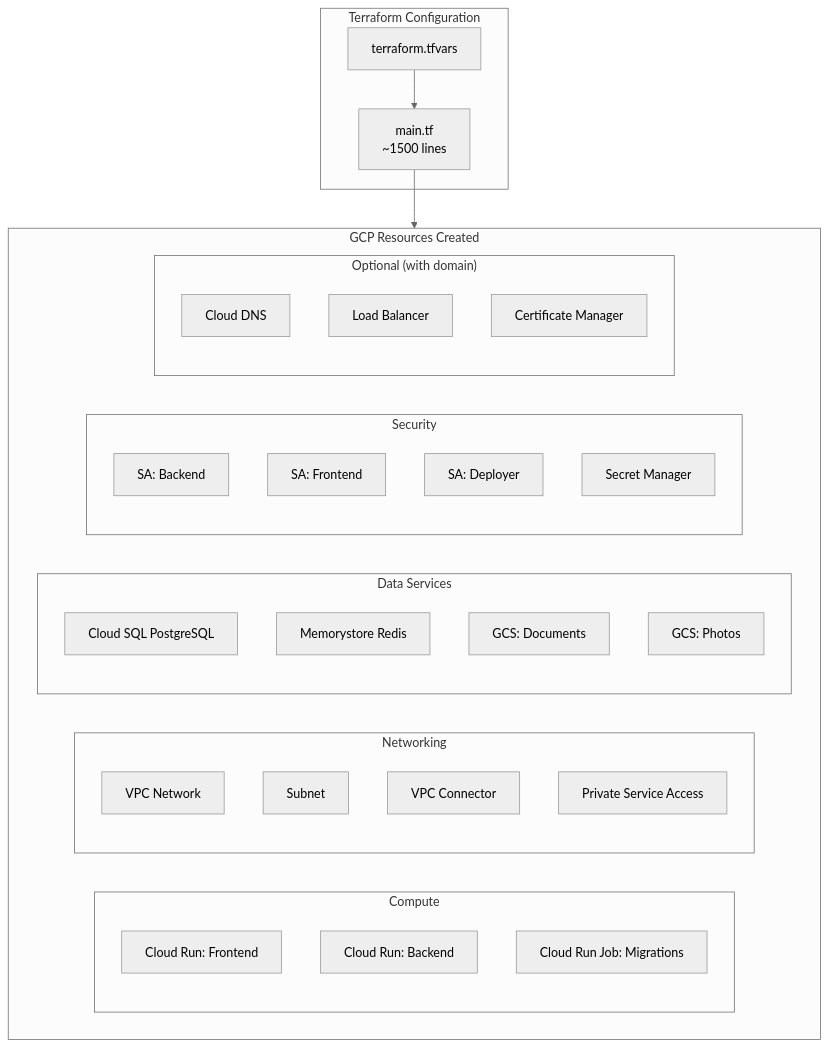
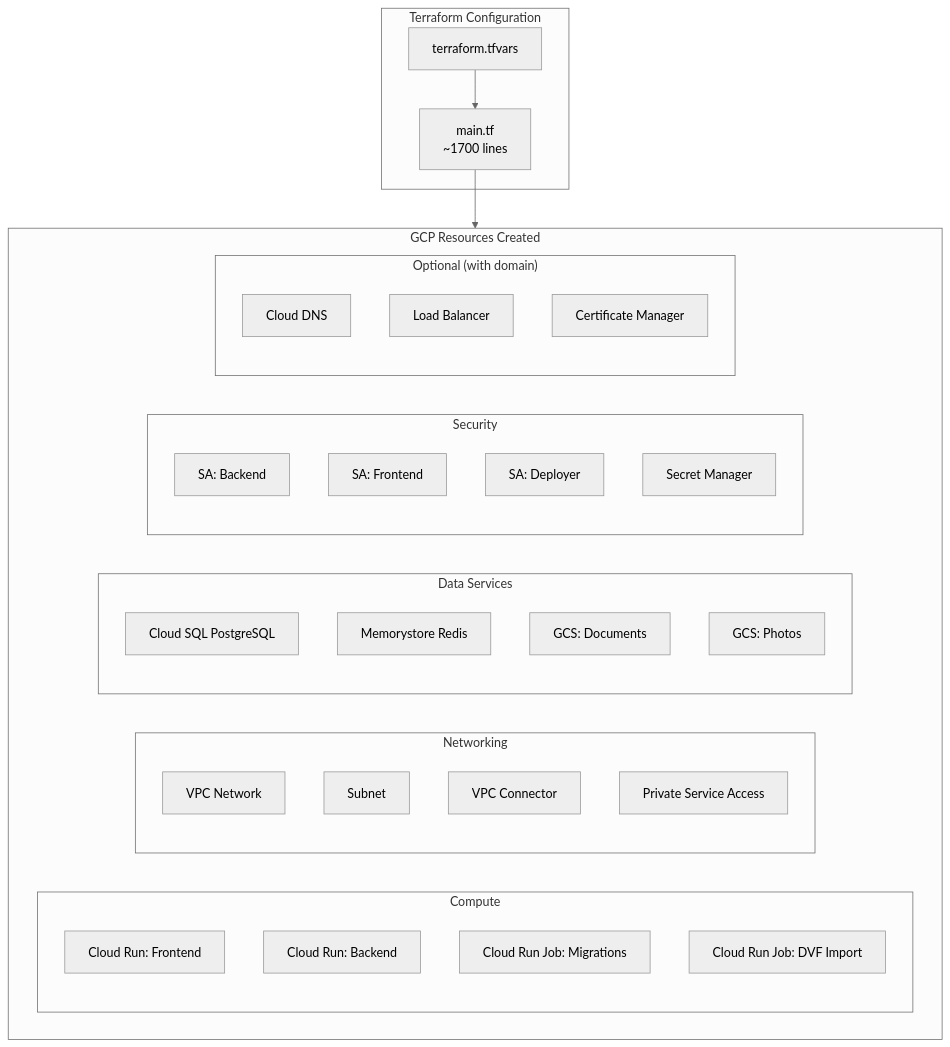
Before and after one commit to benjamin-karaoglan/AppArtAgent: the first of 7 diagrams in docs/deployment/infrastructure.md, drawn with Mermaid (neutral theme). The commit also changed other lines of this file and 14 other files, not shown here.

First line of the commit message:
docs: update documentation for geolocalized DVF and new architecture

````diff
--- a/docs/deployment/infrastructure.md
+++ b/docs/deployment/infrastructure.md
@@ -7,45 +7,46 @@
 ```mermaid
 flowchart TB
     subgraph Terraform["Terraform Configuration"]
-        TF["main.tf<br/>~1500 lines"]
+        TF["main.tf<br/>~1700 lines"]
         Vars["terraform.tfvars"]
     end
 
     subgraph Resources["GCP Resources Created"]
         subgraph Compute["Compute"]
             CR_FE["Cloud Run: Frontend"]
             CR_BE["Cloud Run: Backend"]
             CR_JOB["Cloud Run Job: Migrations"]
+            CR_DVF["Cloud Run Job: DVF Import"]
         end
 
         subgraph Network["Networking"]
             VPC["VPC Network"]
             Subnet["Subnet"]
             Connector["VPC Connector"]
             PSA["Private Service Access"]
         end
 
         subgraph Data["Data Services"]
             SQL["Cloud SQL PostgreSQL"]
             Redis["Memorystore Redis"]
             GCS_D["GCS: Documents"]
             GCS_P["GCS: Photos"]
         end
 
         subgraph Security["Security"]
             SA_BE["SA: Backend"]
             SA_FE["SA: Frontend"]
             SA_DEP["SA: Deployer"]
             Secrets["Secret Manager"]
         end
 
         subgraph Optional["Optional (with domain)"]
             DNS["Cloud DNS"]
             LB["Load Balancer"]
             Certs["Certificate Manager"]
         end
     end
 
     TF --> Resources
     Vars --> TF
 ```
````
